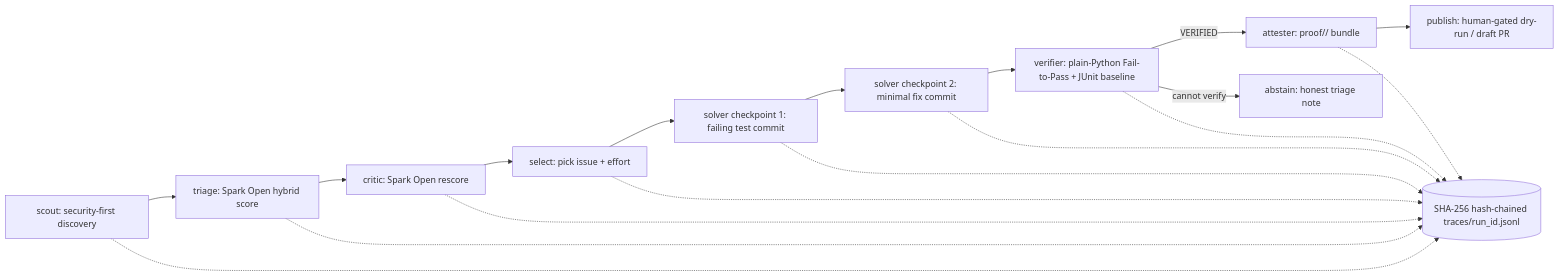
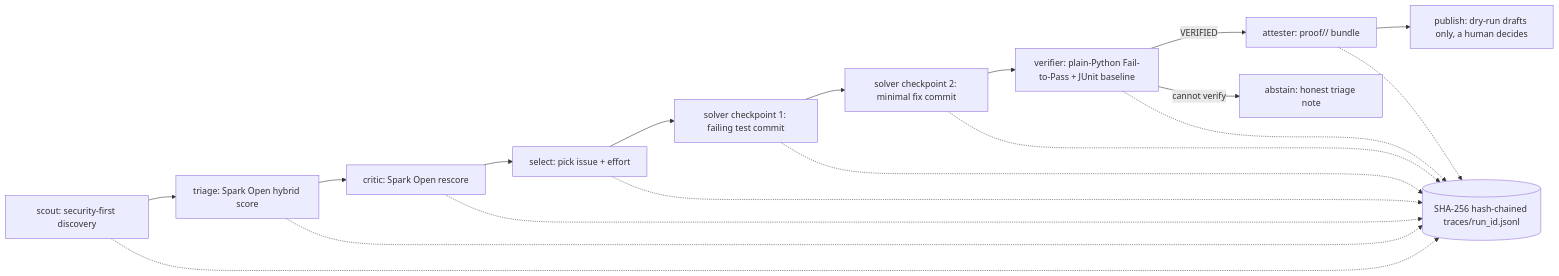
The diagram in README.md (Ataraxiainc2/ISSAAS), drawn with Mermaid before and after one commit. The commit also changed other lines of this file and 5 other files, not shown here.

````diff
--- a/README.md
+++ b/README.md
@@ -47,20 +63,20 @@
 ```mermaid
 flowchart LR
     S[scout: security-first discovery] --> T[triage: Spark Open hybrid score]
     T --> C[critic: Spark Open rescore]
     C --> SL[select: pick issue + effort]
     SL --> R[solver checkpoint 1: failing test commit]
     R --> F[solver checkpoint 2: minimal fix commit]
     F --> V[verifier: plain-Python Fail-to-Pass + JUnit baseline]
     V -- VERIFIED --> A[attester: proof/<run_id>/ bundle]
     V -- cannot verify --> AB[abstain: honest triage note]
-    A --> P[publish: human-gated dry-run / draft PR]
+    A --> P[publish: dry-run drafts only, a human decides]
     S -.-> TR[(SHA-256 hash-chained traces/run_id.jsonl)]
     T -.-> TR
     C -.-> TR
     SL -.-> TR
     R -.-> TR
     F -.-> TR
     V -.-> TR
     A -.-> TR
 ```
````
